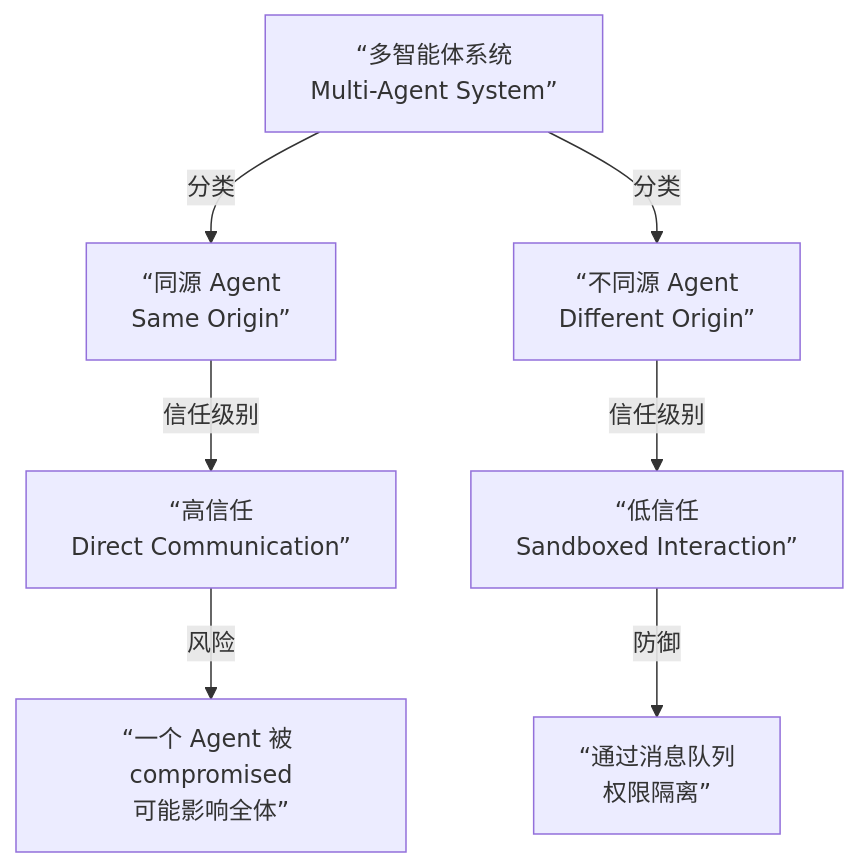
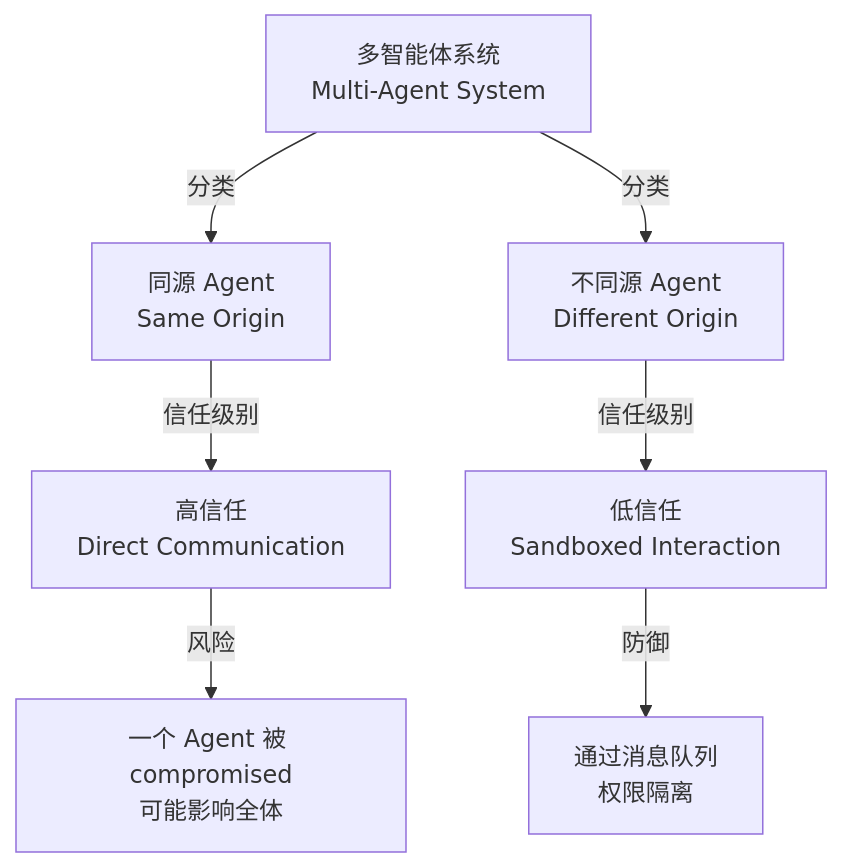
Before and after one commit to yeasy/ai_security_guide: the fifth of 9 diagrams in 07_agent_rag_security/7.6_agents_rule_of_two.md, drawn with Mermaid. The commit also changed other lines of this file and 4 other files, not shown here.

First line of the commit message:
修复 Mermaid 弯引号和标题层级问题

````diff
--- a/07_agent_rag_security/7.6_agents_rule_of_two.md
+++ b/07_agent_rag_security/7.6_agents_rule_of_two.md
@@ -337,11 +337,11 @@
 ```mermaid
 graph TD
-    A[“多智能体系统<br/>Multi-Agent System”] -->|分类| B[“同源 Agent<br/>Same Origin”]
-    A -->|分类| C[“不同源 Agent<br/>Different Origin”]
+    A["多智能体系统<br/>Multi-Agent System"] -->|分类| B["同源 Agent<br/>Same Origin"]
+    A -->|分类| C["不同源 Agent<br/>Different Origin"]
 
-    B -->|信任级别| B1[“高信任<br/>Direct Communication”]
-    C -->|信任级别| C1[“低信任<br/>Sandboxed Interaction”]
+    B -->|信任级别| B1["高信任<br/>Direct Communication"]
+    C -->|信任级别| C1["低信任<br/>Sandboxed Interaction"]
 
-    B1 -->|风险| B2[“一个 Agent 被 compromised<br/>可能影响全体”]
-    C1 -->|防御| C2[“通过消息队列<br/>权限隔离”]
+    B1 -->|风险| B2["一个 Agent 被 compromised<br/>可能影响全体"]
+    C1 -->|防御| C2["通过消息队列<br/>权限隔离"]
 ```
````
